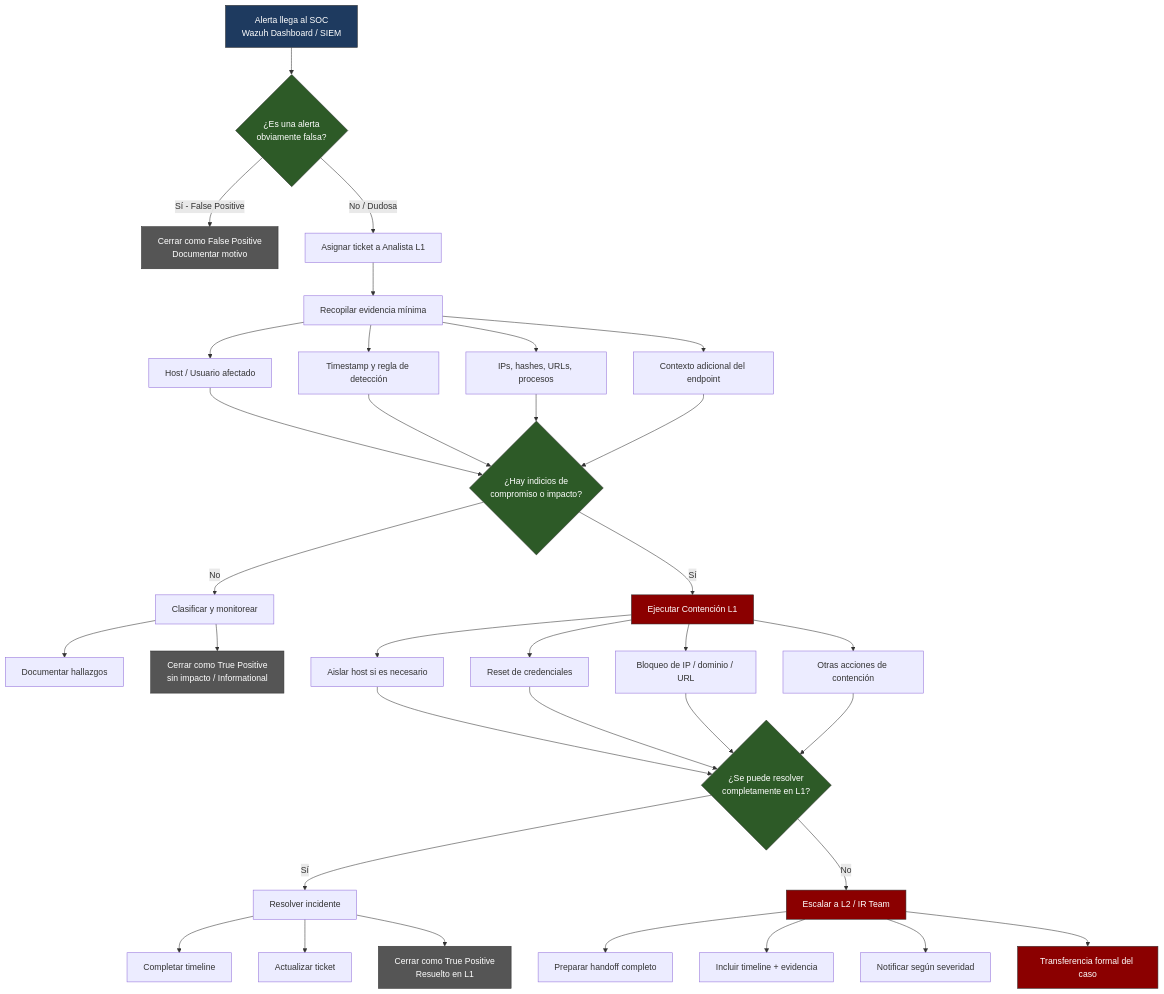
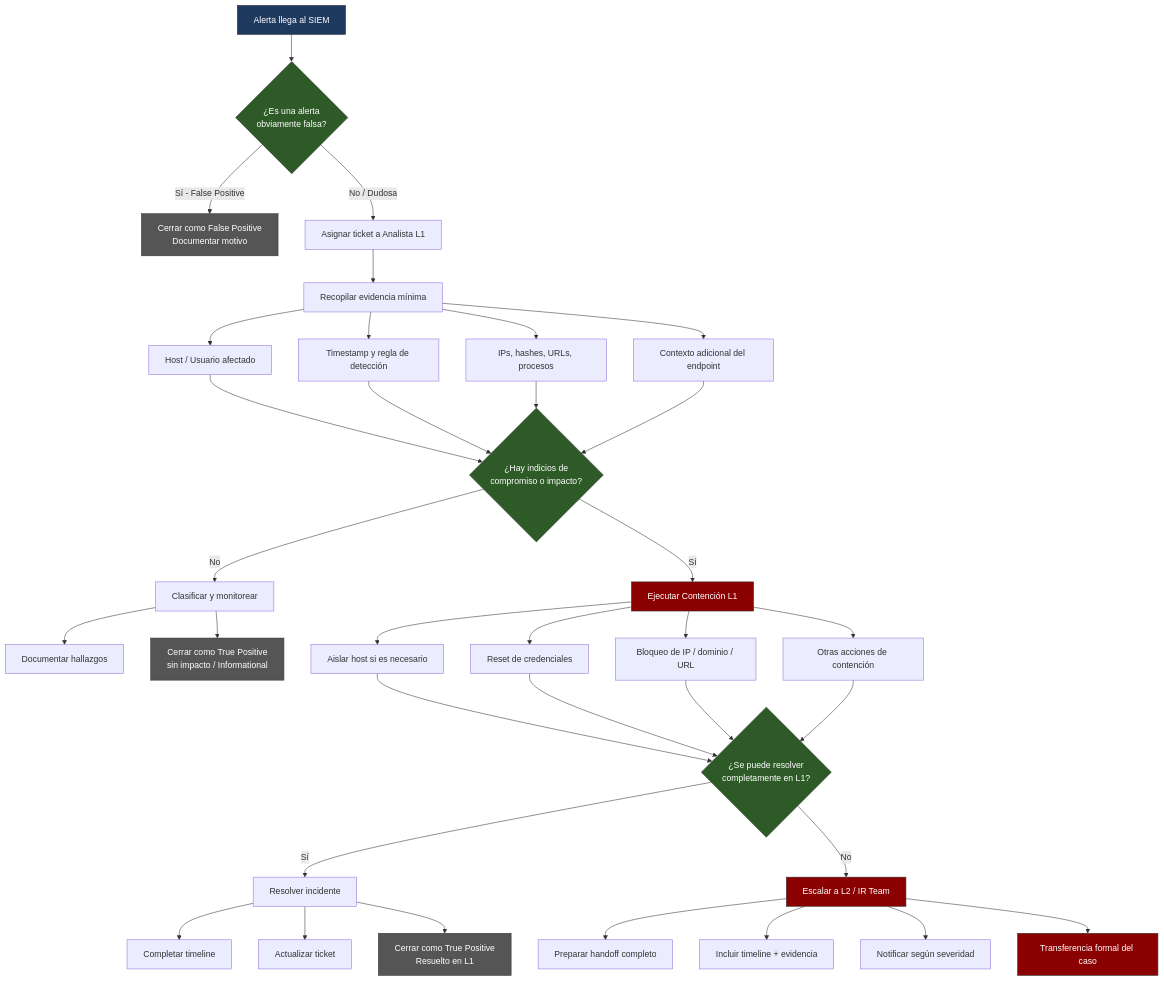
The diagram in diagrams/flujo-general-triaje.mmd (CristianBarrientos37/soc-l1-incident-response-playbooks), drawn with Mermaid before and after one commit.

Commit message:
Pequeña modificacion en el diagrama

```diff
--- a/diagrams/flujo-general-triaje.mmd
+++ b/diagrams/flujo-general-triaje.mmd
@@ -1,47 +1,47 @@
 flowchart TD
-    A[Alerta llega al SOC<br/>Wazuh Dashboard / SIEM] --> B{¿Es una alerta<br/>obviamente falsa?}
+    A[Alerta llega al SIEM] --> B{¿Es una alerta<br/>obviamente falsa?}
     
     B -->|Sí - False Positive| C[Cerrar como False Positive<br/>Documentar motivo]
     B -->|No / Dudosa| D[Asignar ticket a Analista L1]
     
     D --> E[Recopilar evidencia mínima]
     E --> E1[Host / Usuario afectado]
     E --> E2[Timestamp y regla de detección]
     E --> E3[IPs, hashes, URLs, procesos]
     E --> E4[Contexto adicional del endpoint]
     
     E1 & E2 & E3 & E4 --> F{¿Hay indicios de<br/>compromiso o impacto?}
     
     F -->|No| G[Clasificar y monitorear]
     G --> G1[Documentar hallazgos]
     G --> G2[Cerrar como True Positive<br/>sin impacto / Informational]
     
     F -->|Sí| H[Ejecutar Contención L1]
     H --> H1[Aislar host si es necesario]
     H --> H2[Reset de credenciales]
     H --> H3[Bloqueo de IP / dominio / URL]
     H --> H4[Otras acciones de contención]
     
     H1 & H2 & H3 & H4 --> I{¿Se puede resolver<br/>completamente en L1?}
     
     I -->|Sí| J[Resolver incidente]
     J --> J1[Completar timeline]
     J --> J2[Actualizar ticket]
     J --> J3[Cerrar como True Positive<br/>Resuelto en L1]
     
     I -->|No| K[Escalar a L2 / IR Team]
     K --> K1[Preparar handoff completo]
     K --> K2[Incluir timeline + evidencia]
     K --> K3[Notificar según severidad]
     K --> L[Transferencia formal del caso]
     
     style A fill:#1e3a5f,stroke:#333,color:#fff
     style B fill:#2d5a27,stroke:#333,color:#fff
     style F fill:#2d5a27,stroke:#333,color:#fff
     style I fill:#2d5a27,stroke:#333,color:#fff
     style H fill:#8b0000,stroke:#333,color:#fff
     style K fill:#8b0000,stroke:#333,color:#fff
     style L fill:#8b0000,stroke:#333,color:#fff
     style C fill:#555,stroke:#333,color:#fff
     style G2 fill:#555,stroke:#333,color:#fff
     style J3 fill:#555,stroke:#333,color:#fff
```
